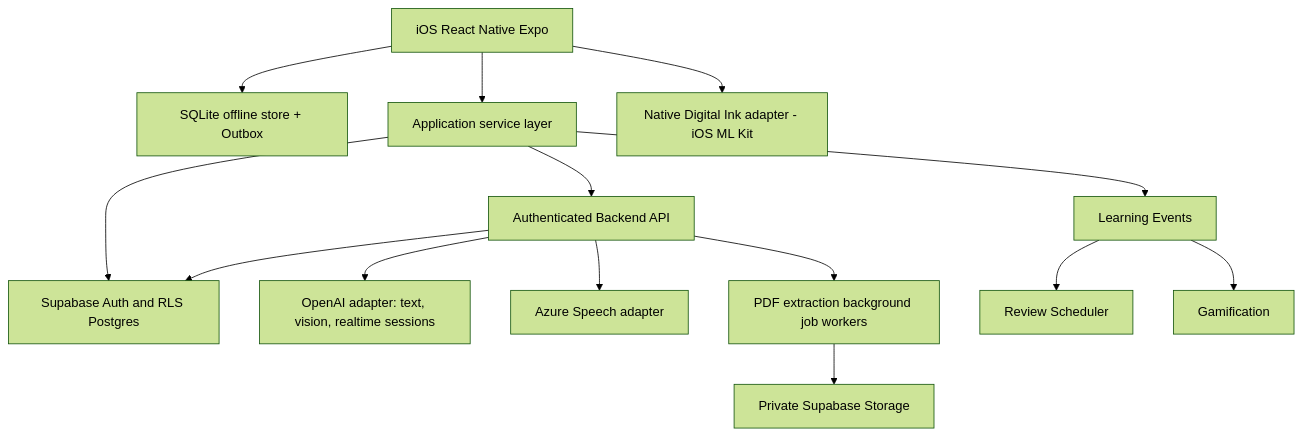
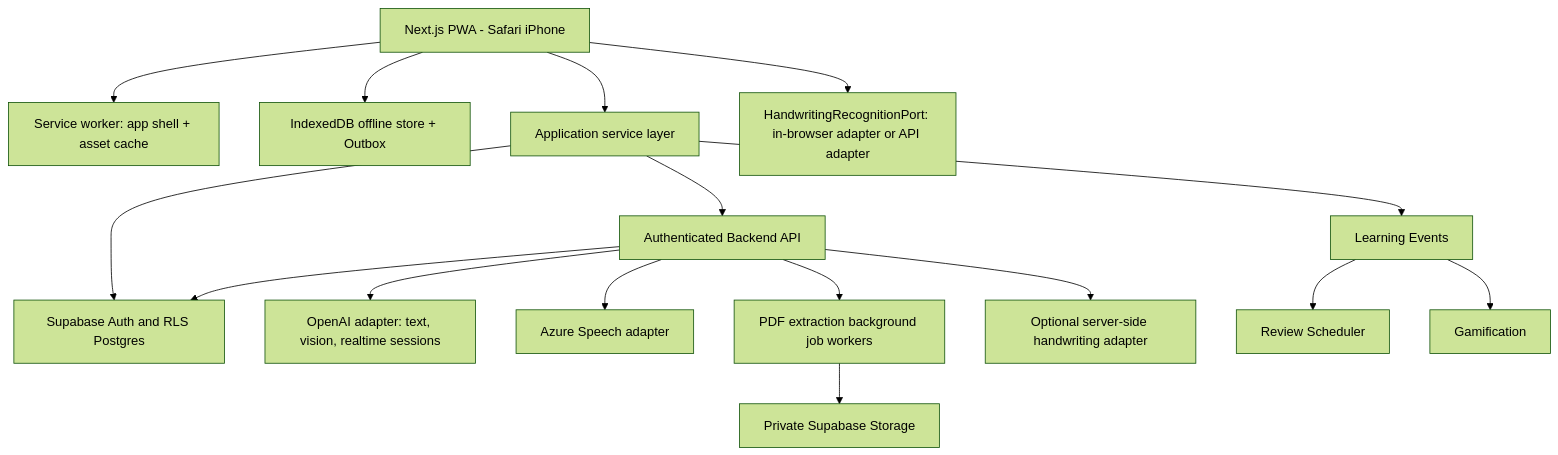
Before and after one commit to dorai4vn/mandarin-ai: the diagram in docs/ARCHITECTURE.md, drawn with Mermaid (forest theme). The commit also changed other lines of this file and 7 other files, not shown here.

First line of the commit message:
docs: plan pivot to Next.js web app + PWA (Safari iPhone first)

````diff
--- a/docs/ARCHITECTURE.md
+++ b/docs/ARCHITECTURE.md
@@ -15,16 +15,18 @@
 ```mermaid
 flowchart TD
-  A[iOS React Native Expo] --> L[SQLite offline store + Outbox]
+  A[Next.js PWA - Safari iPhone] --> W[Service worker: app shell + asset cache]
+  A --> L[IndexedDB offline store + Outbox]
   A --> C[Application service layer]
   C --> D[Supabase Auth and RLS Postgres]
   C --> B[Authenticated Backend API]
   B --> O[OpenAI adapter: text, vision, realtime sessions]
   B --> Z[Azure Speech adapter]
   B --> P[PDF extraction background job workers]
   P --> S[Private Supabase Storage]
   B --> D
-  A --> I[Native Digital Ink adapter - iOS ML Kit]
+  A --> I[HandwritingRecognitionPort: in-browser adapter or API adapter]
+  B --> I2[Optional server-side handwriting adapter]
   C --> E[Learning Events]
   E --> R[Review Scheduler]
   E --> G[Gamification]
 ```
````
